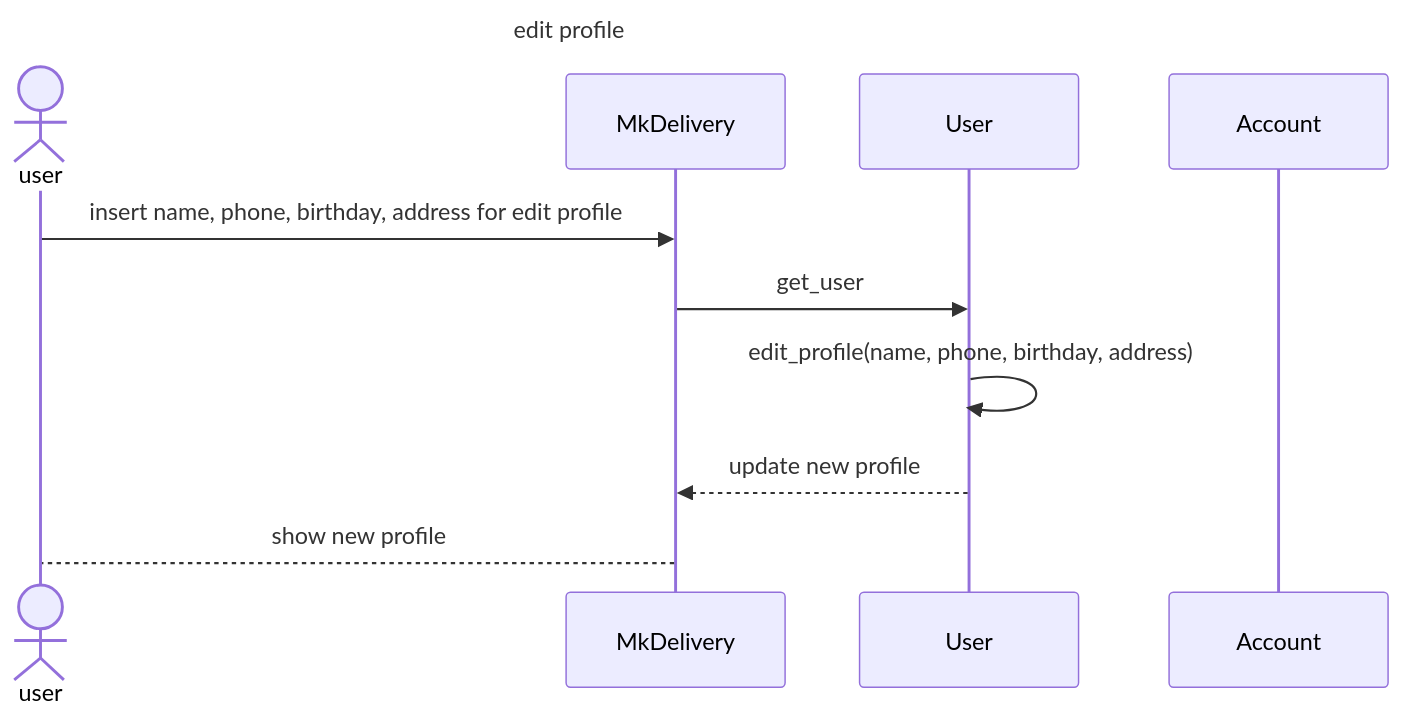
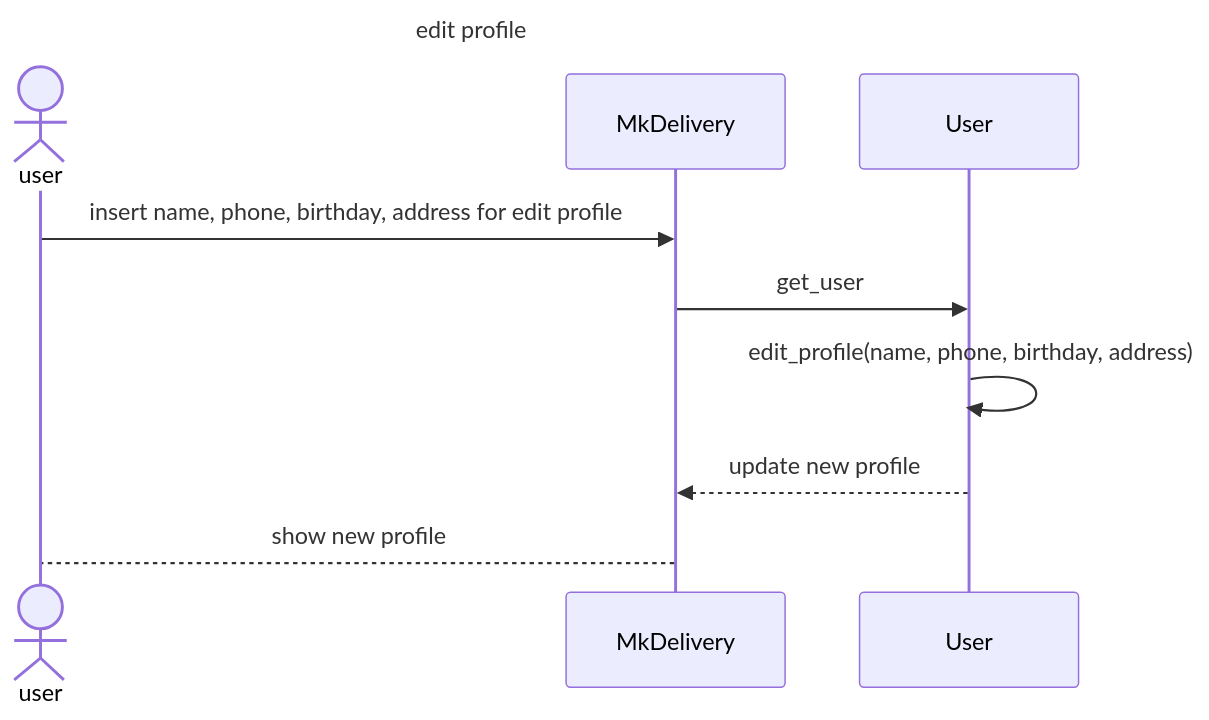
Before and after one commit to MxMhx/OOP_Project_MK_website: the diagram in sequence_diag/users/edit profile.mmd, drawn with Mermaid. The commit also changed 2 other files, not shown here.

```diff
--- a/sequence_diag/users/edit profile.mmd
+++ b/sequence_diag/users/edit profile.mmd
@@ -1,12 +1,12 @@
 sequenceDiagram
     title edit profile 
     actor user
     participant MkDelivery
     participant User
-    participant Account
+
    
     user ->> MkDelivery:insert name, phone, birthday, address for edit profile 
     MkDelivery ->> User:get_user
     User ->> User :edit_profile(name, phone, birthday, address)
     User -->> MkDelivery:update new profile 
     MkDelivery --> user:show new profile 
```
